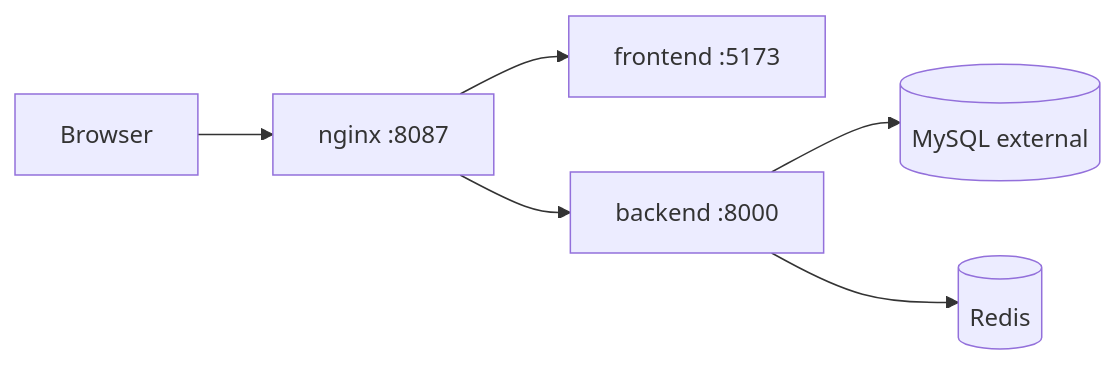
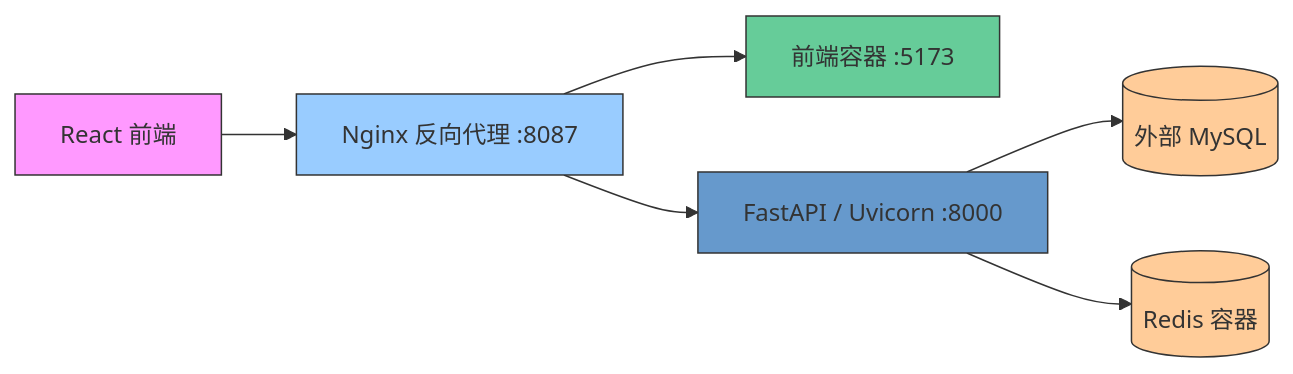
The diagram in README.md (BpsEason/smtms), drawn with Mermaid before and after one commit. The commit also changed other lines of this file and 9 other files, not shown here.

Commit message:
將原始spec.md的內容拆分為docs/目錄下的8份專業化文件，分離需求、規則、技術決策、API、資料庫、實作狀態、驗收標準與開發路線圖，原始spec.md完整保留未修改。

````diff
--- a/README.md
+++ b/README.md
@@ -163,8 +37,15 @@
 ```mermaid
 flowchart LR
-    Browser[Browser] --> Nginx[nginx :8087]
-    Nginx --> Frontend[frontend :5173]
-    Nginx --> Backend[backend :8000]
-    Backend --> MySQL[(MySQL external)]
-    Backend --> Redis[(Redis)]
+    Browser[React 前端] --> Nginx[Nginx 反向代理 :8087]
+    Nginx --> Frontend_Service[前端容器 :5173]
+    Nginx --> Backend_Service[FastAPI / Uvicorn :8000]
+    Backend_Service --> MySQL[(外部 MySQL)]
+    Backend_Service --> Redis[(Redis 容器)]
+
+    style Browser fill:#f9f,stroke:#333
+    style Nginx fill:#9cf,stroke:#333
+    style Frontend_Service fill:#6c9,stroke:#333
+    style Backend_Service fill:#69c,stroke:#333
+    style MySQL fill:#fc9,stroke:#333
+    style Redis fill:#fc9,stroke:#333
 ```
````
